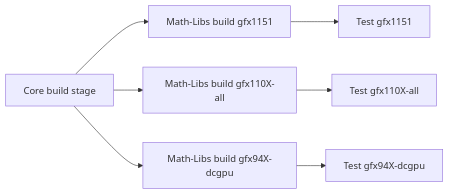
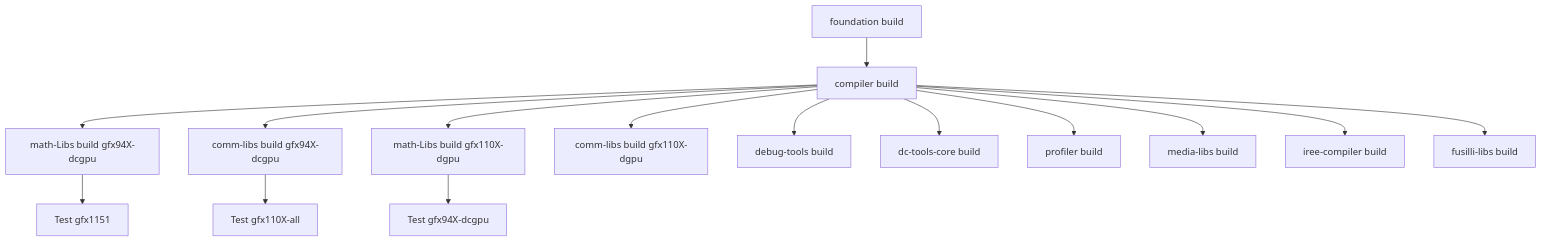
One commit to ROCm/TheRock changed the first of 3 diagrams in docs/development/ci_overview.md. Above: the diagram before and after it, drawn with Mermaid. The commit also changed other lines of this file, not shown here.

Commit message:
PR comments

````diff
--- a/docs/development/ci_overview.md
+++ b/docs/development/ci_overview.md
@@ -19,10 +19,17 @@
 ```mermaid
-graph LR
-    A[Core build stage]
-    A --> C1[Math-Libs build gfx1151]
-    A --> C2[Math-Libs build gfx110X-all]
-    A --> C3[Math-Libs build gfx94X-dcgpu]
+graph TD
+    A[foundation build] --> B[compiler build]
+    B --> C1[math-Libs build gfx94X-dcgpu]
+    B --> C2[comm-libs build gfx94X-dcgpu]
+    B --> C3[math-Libs build gfx110X-dgpu]
+    B --> C4[comm-libs build gfx110X-dgpu]
+    B --> C5[debug-tools build]
+    B --> C6[dc-tools-core build]
+    B --> C7[profiler build]
+    B --> C8[media-libs build]
+    B --> C9[iree-compiler build]
+    B --> C10[fusilli-libs build]
     C1 --> D1[Test gfx1151]
     C2 --> D2[Test gfx110X-all]
     C3 --> D3[Test gfx94X-dcgpu]
 ```
````
